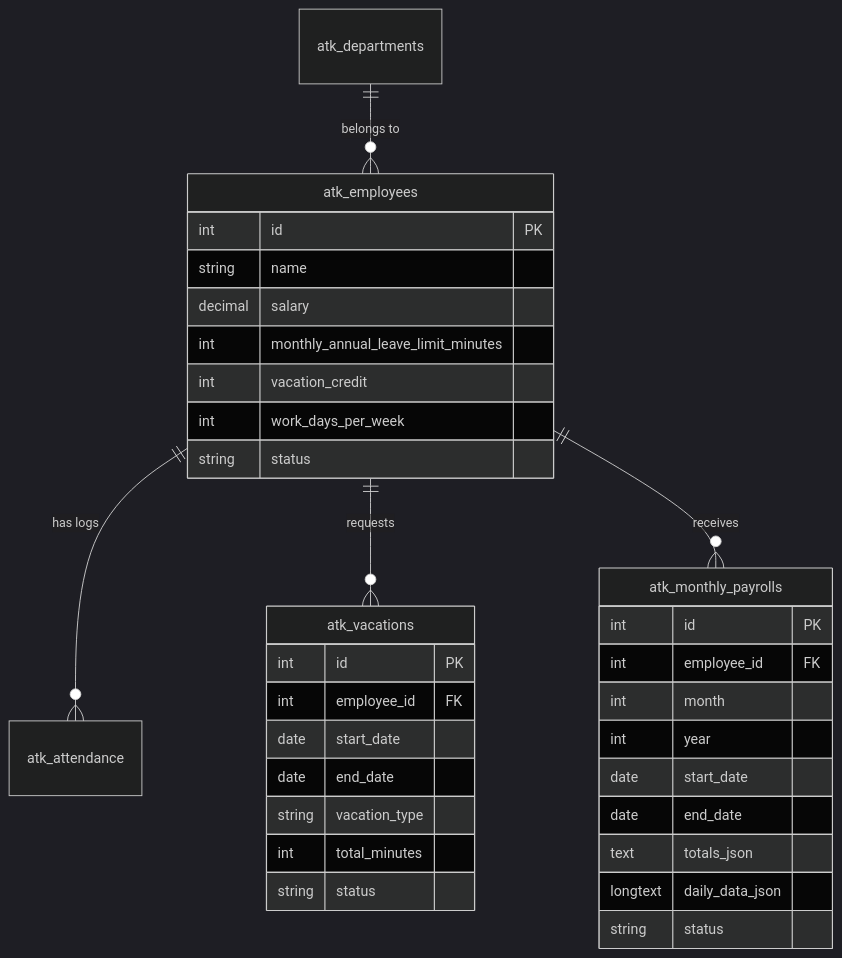
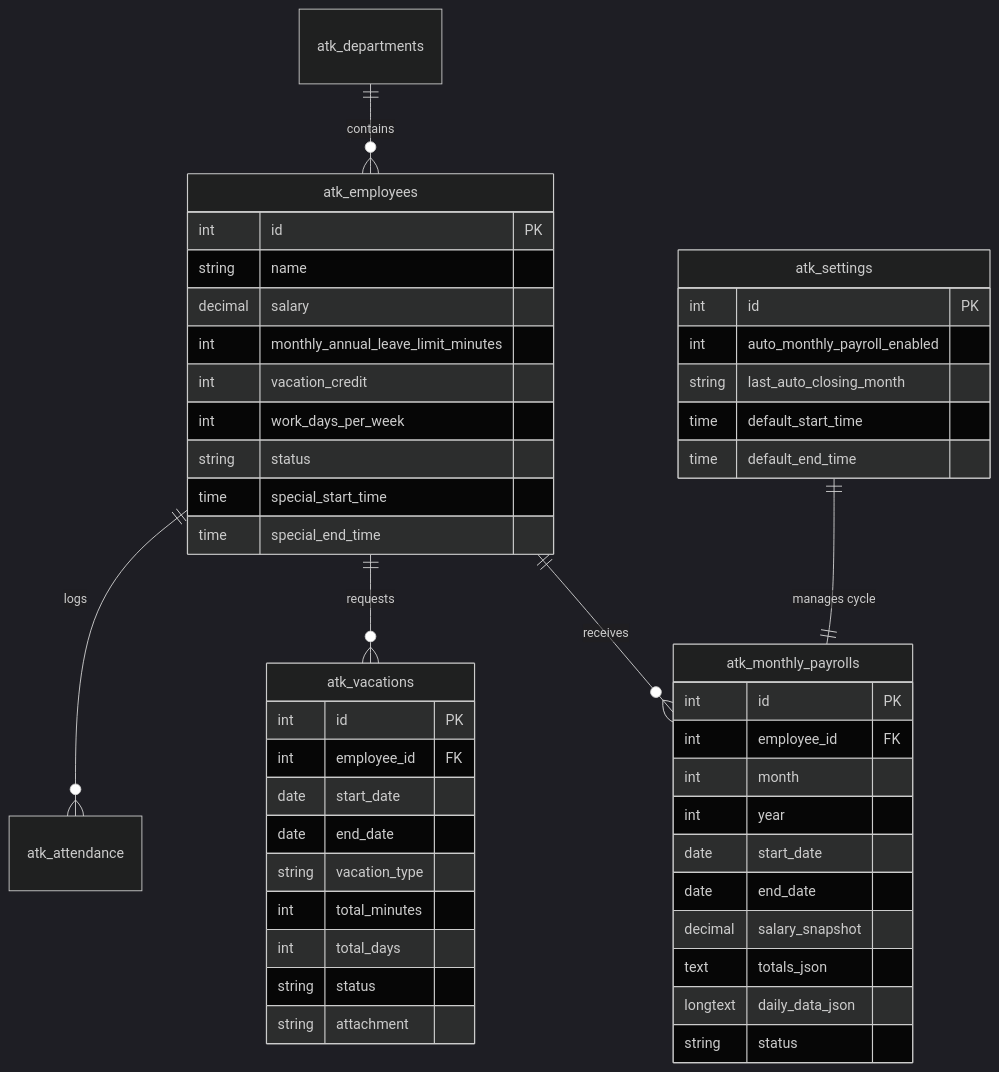
The fifth of 5 diagrams in README.md (mohaba7ri/hadir_app), drawn with Mermaid (dark theme) before and after one commit. The commit also changed other lines of this file, not shown here.

Commit message:
docs: upgrade README.md with executive badges, sequence diagrams, and API routing documentation

````diff
--- a/README.md
+++ b/README.md
@@ -104,39 +151,53 @@
 ```mermaid
 erDiagram
-    atk_employees ||--o{ atk_attendance : "has logs"
+    atk_departments ||--o{ atk_employees : "contains"
+    atk_employees ||--o{ atk_attendance : "logs"
     atk_employees ||--o{ atk_vacations : "requests"
     atk_employees ||--o{ atk_monthly_payrolls : "receives"
-    atk_departments ||--o{ atk_employees : "belongs to"
+    atk_settings ||--|| atk_monthly_payrolls : "manages cycle"
 
     atk_employees {
         int id PK
         string name
         decimal salary
         int monthly_annual_leave_limit_minutes
         int vacation_credit
         int work_days_per_week
         string status
+        time special_start_time
+        time special_end_time
     }
 
     atk_vacations {
         int id PK
         int employee_id FK
         date start_date
         date end_date
         string vacation_type
         int total_minutes
+        int total_days
         string status
+        string attachment
     }
 
     atk_monthly_payrolls {
         int id PK
         int employee_id FK
         int month
         int year
         date start_date
         date end_date
+        decimal salary_snapshot
         text totals_json
         longtext daily_data_json
         string status
     }
+
+    atk_settings {
+        int id PK
+        int auto_monthly_payroll_enabled
+        string last_auto_closing_month
+        time default_start_time
+        time default_end_time
+    }
 ```
````
